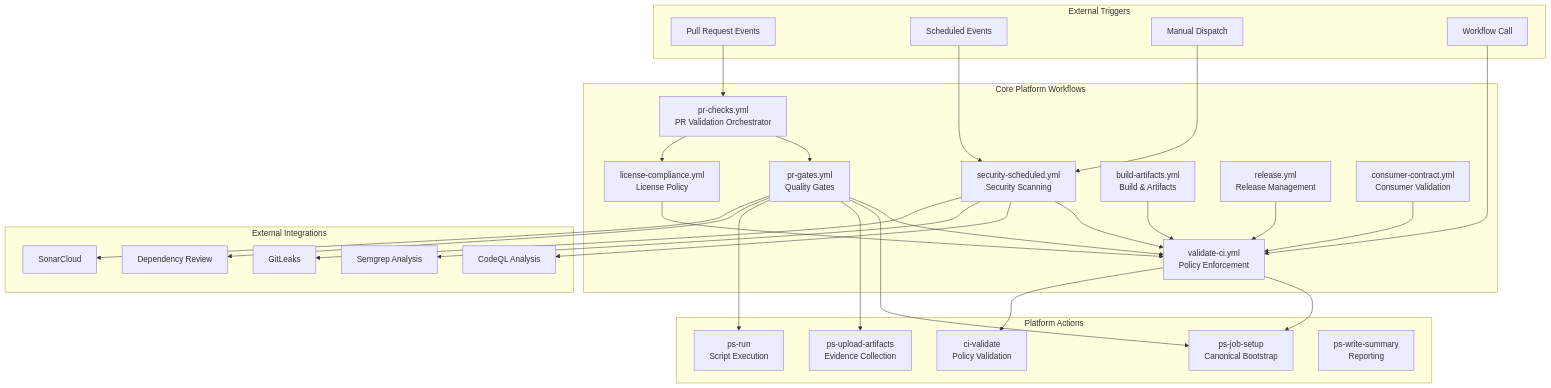
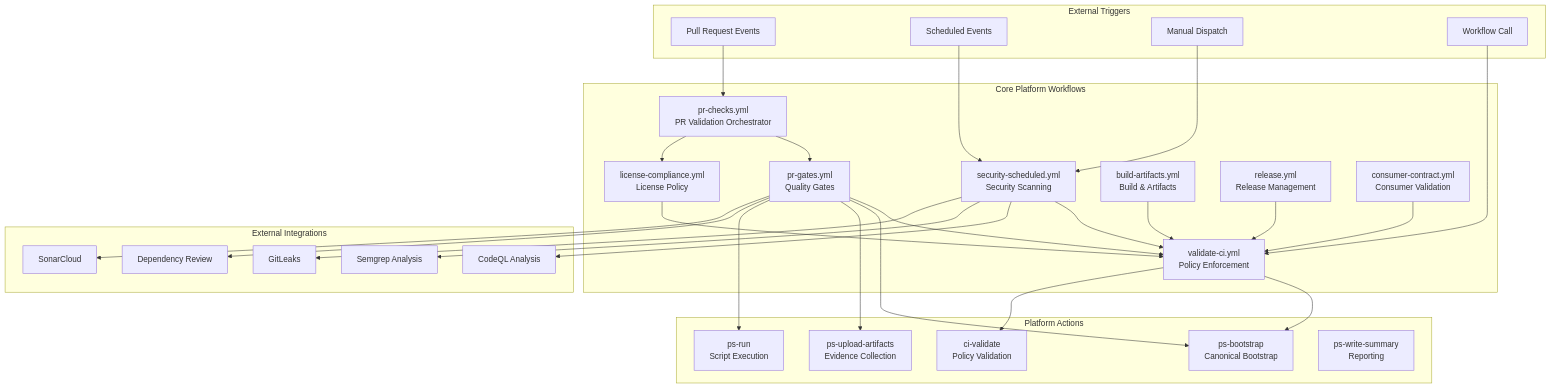
The first of 14 diagrams in docs/workflow-architecture-diagrams.md (PoliticalSphere/ci), drawn with Mermaid before and after one commit. The commit also changed other lines of this file and 18 other files, not shown here.

Commit message:
chore(ci): use ps-bootstrap for job hardening (egress=block) and accept ps-bootstrap/ps-harden-runner as valid first steps in validate-ci

````diff
--- a/docs/workflow-architecture-diagrams.md
+++ b/docs/workflow-architecture-diagrams.md
@@ -5,63 +5,63 @@
 ```mermaid
 graph TB
     subgraph "External Triggers"
         PR[Pull Request Events]
         SCHED[Scheduled Events]
         MANUAL[Manual Dispatch]
         WORKFLOW[Workflow Call]
     end
 
     subgraph "Core Platform Workflows"
         PR_CHECKS[pr-checks.yml<br/>PR Validation Orchestrator]
         VALIDATE_CI[validate-ci.yml<br/>Policy Enforcement]
         PR_GATES[pr-gates.yml<br/>Quality Gates]
         LICENSE[license-compliance.yml<br/>License Policy]
         SECURITY[security-scheduled.yml<br/>Security Scanning]
         BUILD[build-artifacts.yml<br/>Build & Artifacts]
         RELEASE[release.yml<br/>Release Management]
         CONSUMER[consumer-contract.yml<br/>Consumer Validation]
     end
 
     subgraph "Platform Actions"
-        JOB_SETUP[ps-job-setup<br/>Canonical Bootstrap]
+        JOB_SETUP[ps-bootstrap<br/>Canonical Bootstrap]
         CI_VALIDATE[ci-validate<br/>Policy Validation]
         UPLOAD_ARTIFACTS[ps-upload-artifacts<br/>Evidence Collection]
         PS_RUN[ps-run<br/>Script Execution]
         PS_SUMMARY[ps-write-summary<br/>Reporting]
     end
 
     subgraph "External Integrations"
         CODEQL[CodeQL Analysis]
         SEMGREP[Semgrep Analysis]
         SONAR[SonarCloud]
         DEPENDENCY[Dependency Review]
         GITLEAKS[GitLeaks]
     end
 
     PR --> PR_CHECKS
     SCHED --> SECURITY
     MANUAL --> SECURITY
     WORKFLOW --> VALIDATE_CI
 
     PR_CHECKS --> PR_GATES
     PR_CHECKS --> LICENSE
     
     PR_GATES --> VALIDATE_CI
     LICENSE --> VALIDATE_CI
     SECURITY --> VALIDATE_CI
     BUILD --> VALIDATE_CI
     RELEASE --> VALIDATE_CI
     CONSUMER --> VALIDATE_CI
 
     VALIDATE_CI --> JOB_SETUP
     VALIDATE_CI --> CI_VALIDATE
     PR_GATES --> JOB_SETUP
     PR_GATES --> UPLOAD_ARTIFACTS
     PR_GATES --> PS_RUN
     SECURITY --> CODEQL
     SECURITY --> SEMGREP
     PR_GATES --> DEPENDENCY
 
     PR_GATES --> SONAR
     SECURITY --> GITLEAKS
 ```
````
